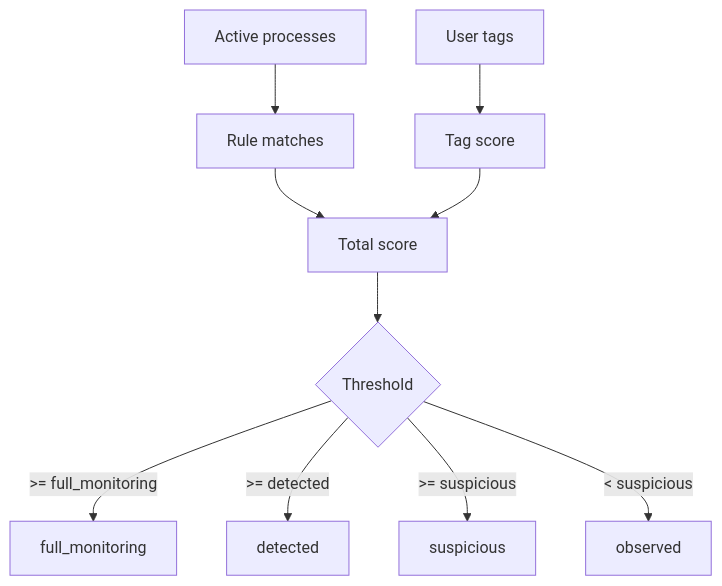
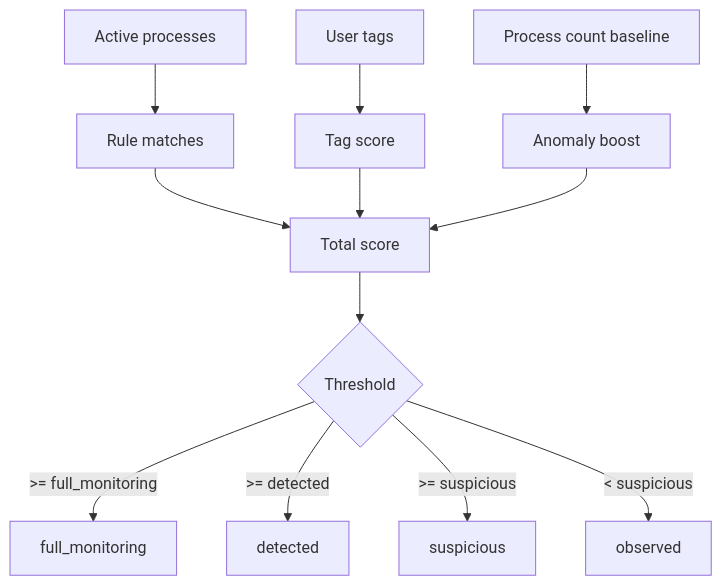
The fourth of 4 diagrams in readme.md (srwangcr/Guardian_Graph_System), drawn with Mermaid before and after one commit. The commit also changed other lines of this file and 13 other files, not shown here.

````diff
--- a/readme.md
+++ b/readme.md
@@ -113,12 +125,14 @@
 ```mermaid
 flowchart TD
     A[Active processes] --> B[Rule matches]
     C[User tags] --> D[Tag score]
+    K[Process count baseline] --> L[Anomaly boost]
     B --> E[Total score]
     D --> E
+    L --> E
     E --> F{Threshold}
     F -->|>= full_monitoring| G[full_monitoring]
     F -->|>= detected| H[detected]
     F -->|>= suspicious| I[suspicious]
     F -->|< suspicious| J[observed]
 ```
````
